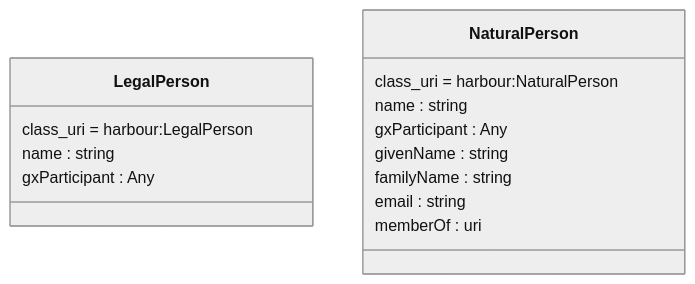
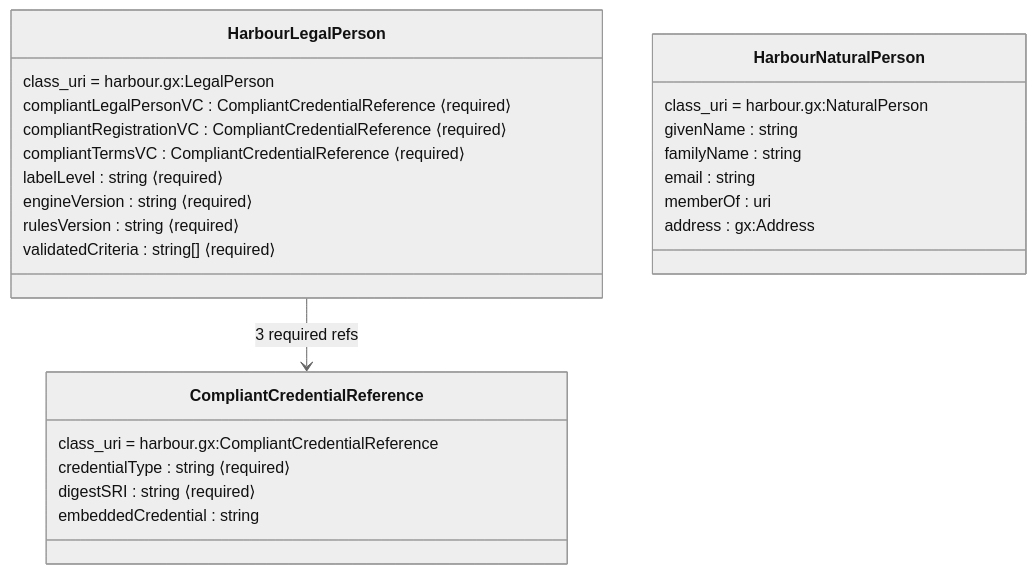
Before and after one commit to reachhaven/harbour-credentials: the fourth of 8 diagrams in docs/schema/credential-model.md, drawn with Mermaid (neutral theme). The commit also changed other lines of this file and 48 other files, not shown here.

First line of the commit message:
feat(linkml): Gaia-X compliance model, delegation schema, spec references

````diff
--- a/docs/schema/credential-model.md
+++ b/docs/schema/credential-model.md
@@ -146,18 +166,31 @@
 ```mermaid
 classDiagram
-    class LegalPerson {
-        class_uri = harbour:LegalPerson
-        name : string
-        gxParticipant : Any
+    class HarbourLegalPerson {
+        class_uri = harbour.gx:LegalPerson
+        compliantLegalPersonVC : CompliantCredentialReference ⟨required⟩
+        compliantRegistrationVC : CompliantCredentialReference ⟨required⟩
+        compliantTermsVC : CompliantCredentialReference ⟨required⟩
+        labelLevel : string ⟨required⟩
+        engineVersion : string ⟨required⟩
+        rulesVersion : string ⟨required⟩
+        validatedCriteria : string[] ⟨required⟩
     }
 
-    class NaturalPerson {
-        class_uri = harbour:NaturalPerson
-        name : string
-        gxParticipant : Any
+    class CompliantCredentialReference {
+        class_uri = harbour.gx:CompliantCredentialReference
+        credentialType : string ⟨required⟩
+        digestSRI : string ⟨required⟩
+        embeddedCredential : string
+    }
+
+    class HarbourNaturalPerson {
+        class_uri = harbour.gx:NaturalPerson
         givenName : string
         familyName : string
         email : string
         memberOf : uri
+        address : gx:Address
     }
+
+    HarbourLegalPerson --> CompliantCredentialReference : 3 required refs
 ```
````
